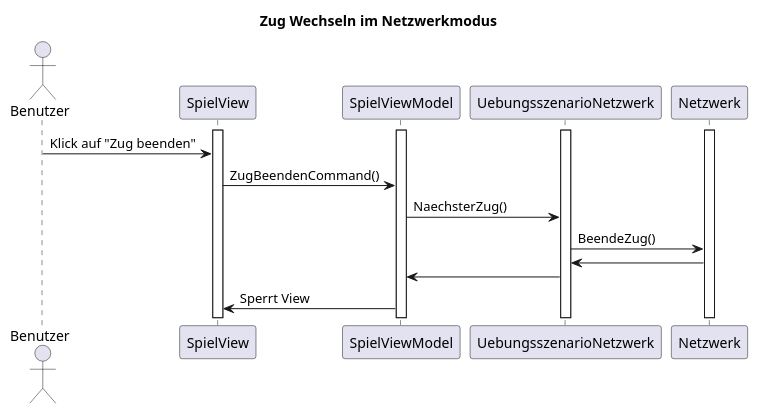
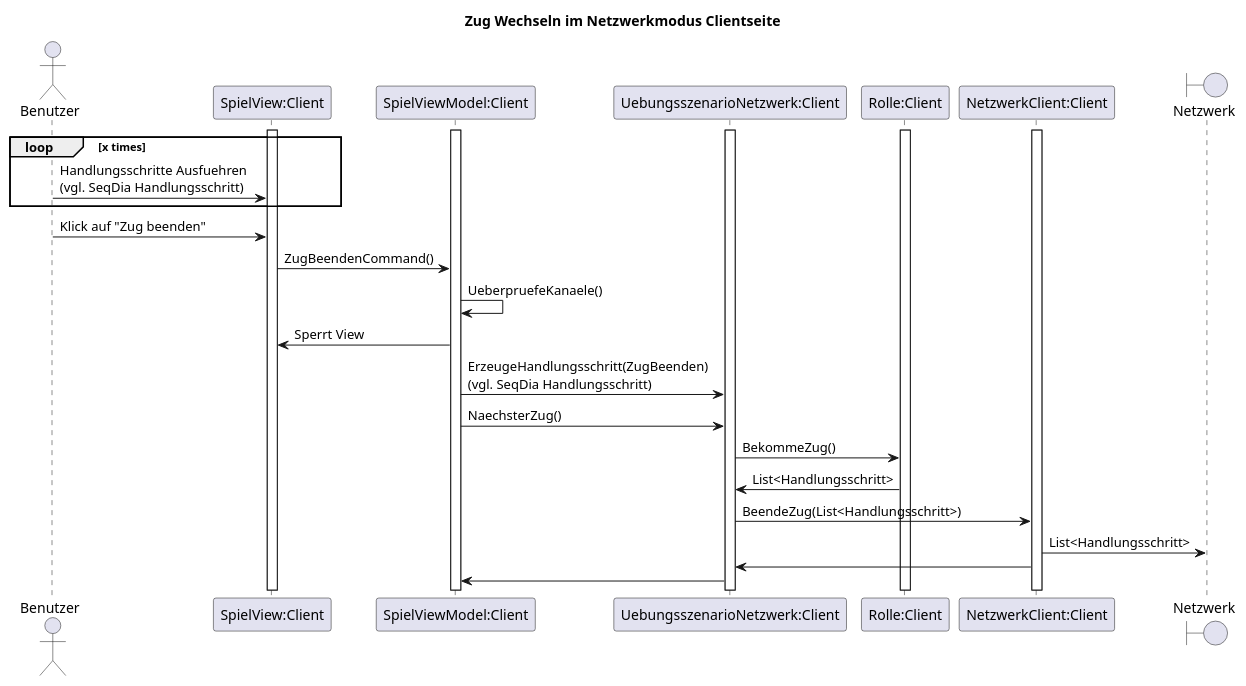
One commit to Jonas-Ha/quakrypto changed the diagram in 02_Entwurf/Sequenzdiagramme/SequenzdiagrammZugWechselNetzwerk.puml. Above: the diagram before and after it, drawn with PlantUML. The commit also changed 9 other files, not shown here.

```diff
--- a/02_Entwurf/Sequenzdiagramme/SequenzdiagrammZugWechselNetzwerk.puml
+++ b/02_Entwurf/Sequenzdiagramme/SequenzdiagrammZugWechselNetzwerk.puml
@@ -1,22 +1,36 @@
 @startuml Zug Wechsel
-title Zug Wechseln im Netzwerkmodus
+title Zug Wechseln im Netzwerkmodus Clientseite
 
 actor Benutzer
-participant "SpielView" as SV
-participant "SpielViewModel" as SVM
-participant "UebungsszenarioNetzwerk" as U
-participant "Netzwerk" as N
+participant "SpielView:Client" as SV
+participant "SpielViewModel:Client" as SVM
+participant "UebungsszenarioNetzwerk:Client" as U
+participant "Rolle:Client" as R
+participant "NetzwerkClient:Client" as N
+boundary Netzwerk
+
 activate SV
 activate SVM
 activate U
 activate N
+activate R
+
+loop x times
+    Benutzer -> SV: Handlungsschritte Ausfuehren \n(vgl. SeqDia Handlungsschritt)
+end
 
 Benutzer -> SV: Klick auf "Zug beenden"
 SV -> SVM:ZugBeendenCommand()
+SVM -> SVM:UeberpruefeKanaele()
+SVM -> SV:Sperrt View
+SVM -> U:ErzeugeHandlungsschritt(ZugBeenden)\n(vgl. SeqDia Handlungsschritt)
 SVM -> U:NaechsterZug()
-U -> N:BeendeZug()
+U -> R:BekommeZug()
+R -> U: List<Handlungsschritt>
+U -> N:BeendeZug(List<Handlungsschritt>)
+N -> Netzwerk : List<Handlungsschritt>
 N ->U
 U -> SVM
-SVM -> SV:Sperrt View
+
 
 @enduml
```
